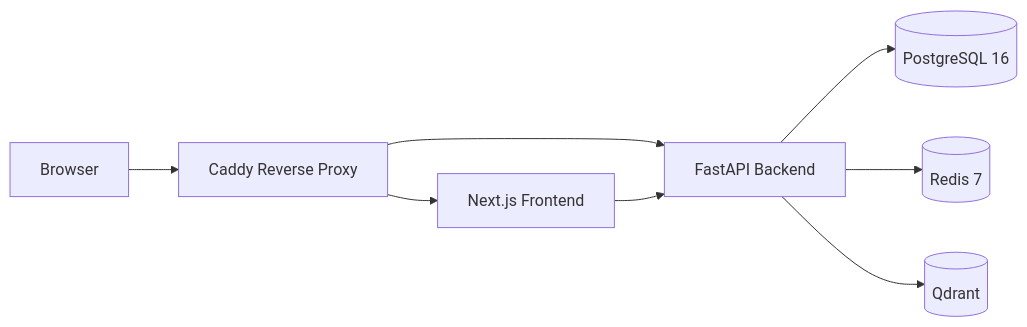
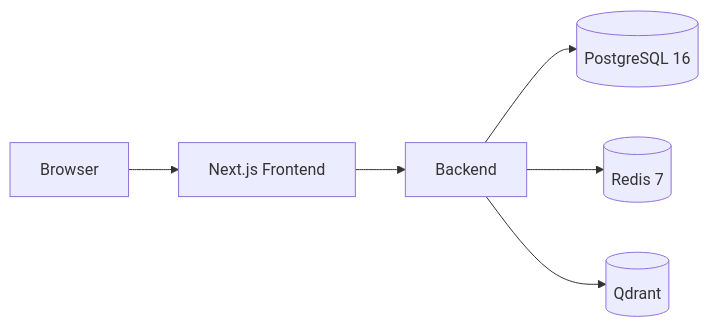
The first of 2 diagrams in docs/ARCHITECTURE.md (batty211/immigration-ai-office), drawn with Mermaid before and after one commit. The commit also changed other lines of this file and 11 other files, not shown here.

````diff
--- a/docs/ARCHITECTURE.md
+++ b/docs/ARCHITECTURE.md
@@ -14,10 +13,8 @@
 ```mermaid
 flowchart LR
-    Browser[Browser] --> Caddy[Caddy Reverse Proxy]
-    Caddy --> Frontend[Next.js Frontend]
-    Caddy --> Backend[FastAPI Backend]
+    Browser[Browser] --> Frontend[Next.js Frontend]
     Frontend --> Backend
     Backend --> Postgres[(PostgreSQL 16)]
     Backend --> Redis[(Redis 7)]
     Backend --> Qdrant[(Qdrant)]
 ```
````
